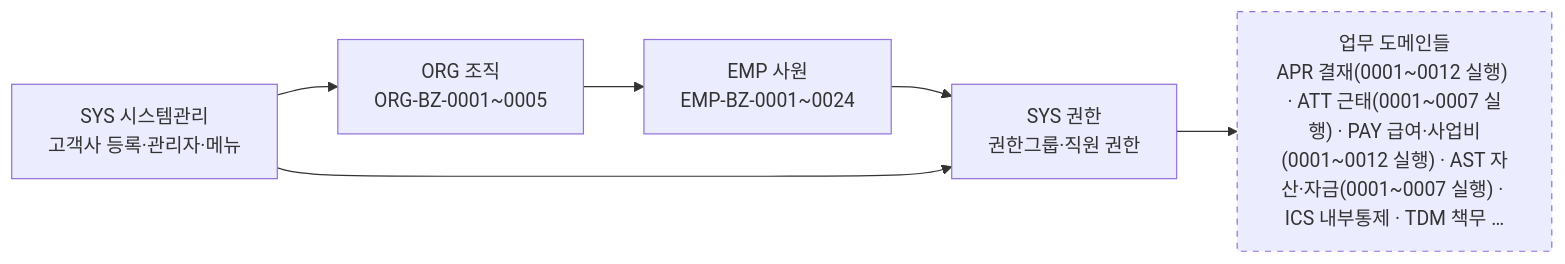
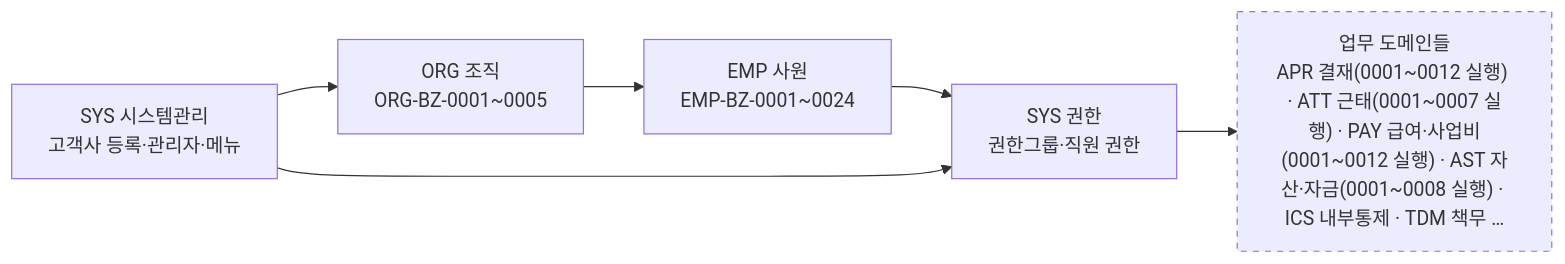
The diagram in AssetERP/docs/2-업무분석/biz-event/00-도메인Map.md (KimDoYoung/framework-sprt), drawn with Mermaid before and after one commit. The commit also changed 5 other files, not shown here.

````diff
--- a/AssetERP/docs/2-업무분석/biz-event/00-도메인Map.md
+++ b/AssetERP/docs/2-업무분석/biz-event/00-도메인Map.md
@@ -6,14 +6,14 @@
 ```mermaid
 flowchart LR
     SYS["SYS 시스템관리<br/>고객사 등록·관리자·메뉴"]
     ORG["ORG 조직<br/>ORG-BZ-0001~0005"]
     EMP["EMP 사원<br/>EMP-BZ-0001~0024"]
     AUTH["SYS 권한<br/>권한그룹·직원 권한"]
-    WORK["업무 도메인들<br/>APR 결재(0001~0012 실행) · ATT 근태(0001~0007 실행) · PAY 급여·사업비(0001~0012 실행) · AST 자산·자금(0001~0007 실행) · ICS 내부통제 · TDM 책무 …"]
+    WORK["업무 도메인들<br/>APR 결재(0001~0012 실행) · ATT 근태(0001~0007 실행) · PAY 급여·사업비(0001~0012 실행) · AST 자산·자금(0001~0008 실행) · ICS 내부통제 · TDM 책무 …"]
 
     SYS --> ORG --> EMP --> AUTH --> WORK
     SYS --> AUTH
 
     classDef todo stroke-dasharray: 5 5
     class WORK todo
 ```
````
